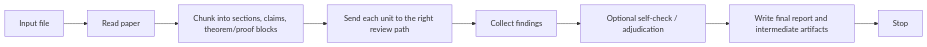
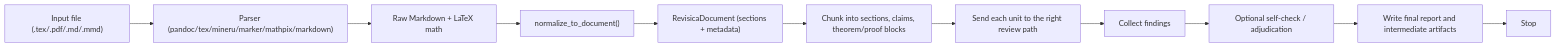
One commit to yangzichao/Revisica changed the second of 5 diagrams in docs/current-architecture.md. Above: the diagram before and after it, drawn with Mermaid. The commit also changed other lines of this file and 5 other files, not shown here.

Commit message:
Update docs for completed ingestion layer: spec, learning, architecture, TODO, CLAUDE.md

````diff
--- a/docs/current-architecture.md
+++ b/docs/current-architecture.md
@@ -27,10 +29,13 @@
 ```mermaid
 flowchart LR
-    INPUT["Input file"] --> READ["Read paper"]
-    READ --> CHUNK["Chunk into sections, claims, theorem/proof blocks"]
+    INPUT["Input file (.tex/.pdf/.md/.mmd)"] --> PARSE["Parser (pandoc/tex/mineru/marker/mathpix/markdown)"]
+    PARSE --> MD["Raw Markdown + LaTeX math"]
+    MD --> NORM["normalize_to_document()"]
+    NORM --> DOC["RevisicaDocument (sections + metadata)"]
+    DOC --> CHUNK["Chunk into sections, claims, theorem/proof blocks"]
     CHUNK --> PATHS["Send each unit to the right review path"]
     PATHS --> FINDINGS["Collect findings"]
     FINDINGS --> FILTER["Optional self-check / adjudication"]
     FILTER --> OUTPUT["Write final report and intermediate artifacts"]
     OUTPUT --> STOP["Stop"]
 ```
````
